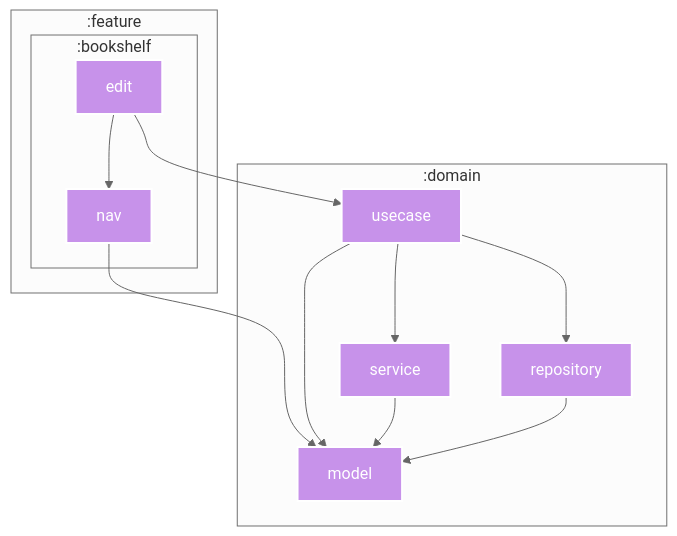
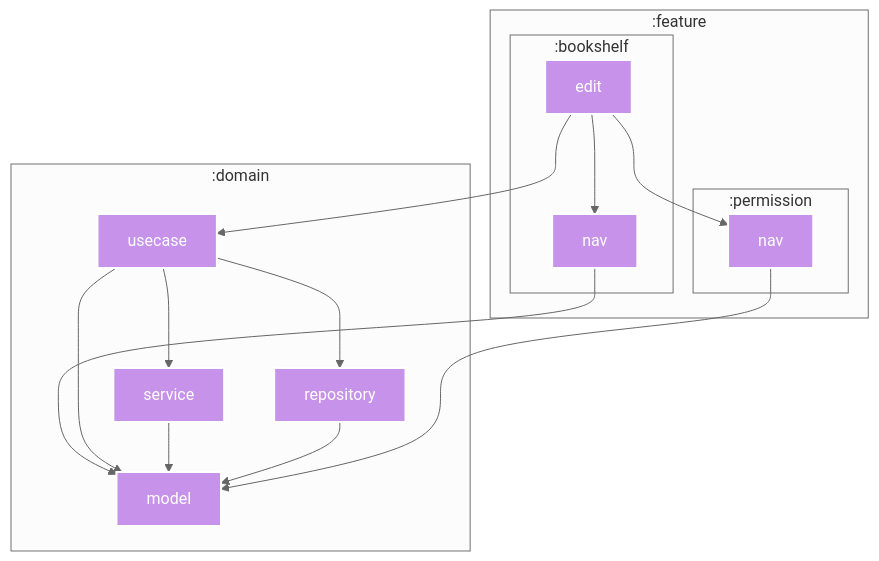
The diagram in feature/bookshelf/edit/README.md (SorrowBlue/ComicViewer), drawn with Mermaid before and after one commit. The commit also changed 46 other files, not shown here.

Commit message:
feat: add permission feature to module dependency graph

````diff
--- a/feature/bookshelf/edit/README.md
+++ b/feature/bookshelf/edit/README.md
@@ -5,44 +5,51 @@
 ```mermaid
 %%{
   init: {
     'theme': 'neutral'
   }
 }%%
 
 graph TB
   subgraph :feature
     subgraph :bookshelf
       :feature:bookshelf:nav["nav"]
       :feature:bookshelf:edit["edit"]
       :feature:bookshelf:nav["nav"]
+    end
+    subgraph :permission
+      :feature:permission:nav["nav"]
+      :feature:permission:nav["nav"]
     end
   end
   subgraph :domain
     :domain:model["model"]
     :domain:usecase["usecase"]
     :domain:model["model"]
     :domain:repository["repository"]
     :domain:service["service"]
     :domain:service["service"]
     :domain:repository["repository"]
     :domain:usecase["usecase"]
   end
 
   :feature:bookshelf:nav --> :domain:model
   :domain:usecase --> :domain:model
   :domain:usecase --> :domain:repository
   :domain:usecase --> :domain:service
   :domain:service --> :domain:model
   :domain:repository --> :domain:model
+  :feature:permission:nav --> :domain:model
   :feature:bookshelf:edit --> :domain:usecase
   :feature:bookshelf:edit --> :feature:bookshelf:nav
+  :feature:bookshelf:edit --> :feature:permission:nav
 
 classDef kotlin-multiplatform fill:#C792EA,stroke:#fff,stroke-width:2px,color:#fff;
 class :feature:bookshelf:nav kotlin-multiplatform
 class :domain:model kotlin-multiplatform
 class :domain:usecase kotlin-multiplatform
 class :domain:repository kotlin-multiplatform
 class :domain:service kotlin-multiplatform
+class :feature:permission:nav kotlin-multiplatform
 class :feature:bookshelf:edit kotlin-multiplatform
 
 ```
````
